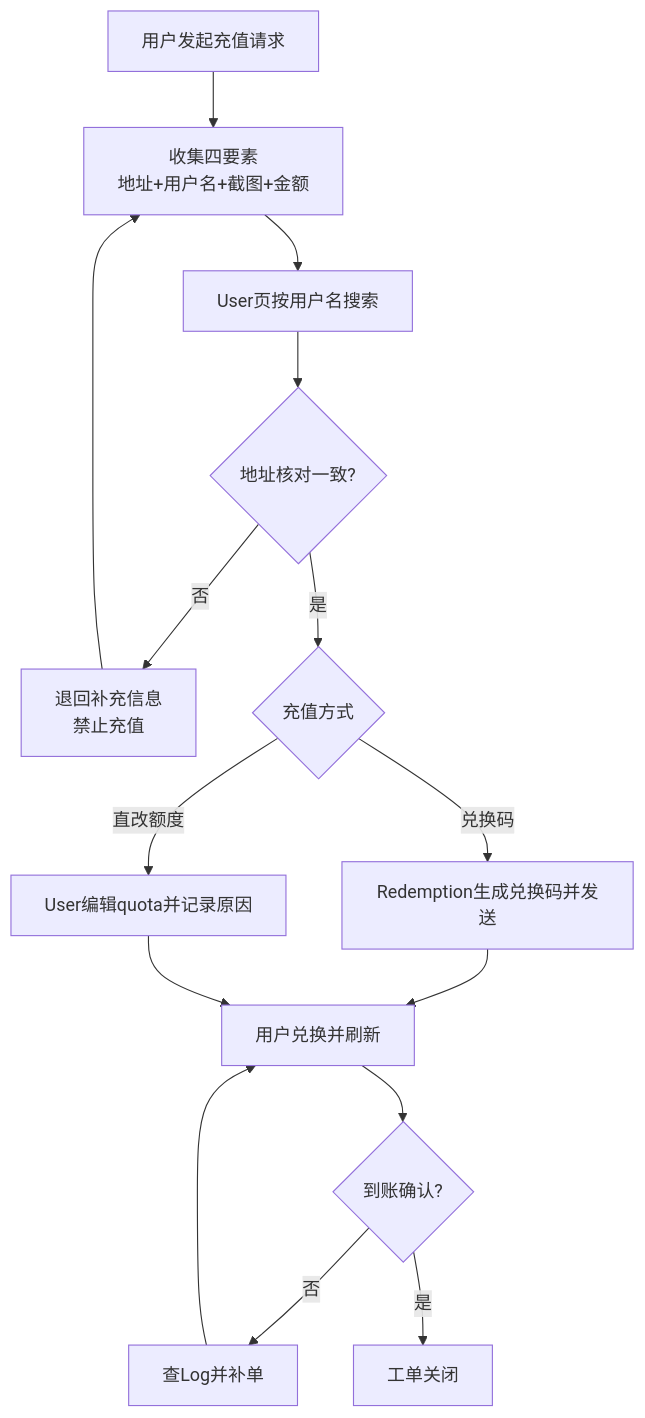
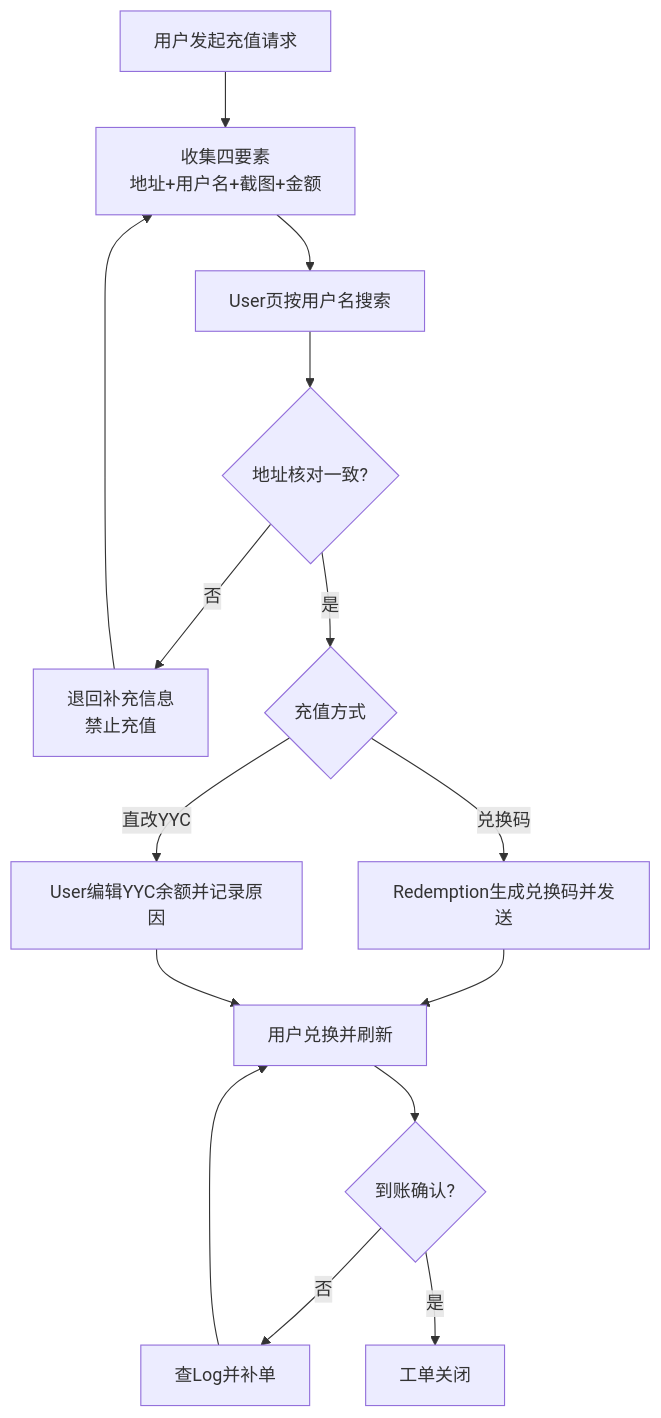
One commit to dlwlrma-333/router changed the second of 3 diagrams in docs/运营文档.md. Above: the diagram before and after it, drawn with Mermaid. The commit also changed other lines of this file and 61 other files, not shown here.

````diff
--- a/docs/运营文档.md
+++ b/docs/运营文档.md
@@ -99,19 +99,19 @@
 ```mermaid
 flowchart TB
   U[用户发起充值请求] --> M[收集四要素
 地址+用户名+截图+金额]
   M --> S[User页按用户名搜索]
   S --> C{地址核对一致?}
   C -- 否 --> R[退回补充信息
 禁止充值]
   R --> M
   C -- 是 --> P{充值方式}
   P -- 兑换码 --> X[Redemption生成兑换码并发送]
-  P -- 直改额度 --> Y[User编辑quota并记录原因]
+  P -- 直改YYC --> Y[User编辑YYC余额并记录原因]
   X --> Z[用户兑换并刷新]
   Y --> Z
   Z --> K{到账确认?}
   K -- 否 --> L[查Log并补单]
   L --> Z
   K -- 是 --> D[工单关闭]
 ```
````
